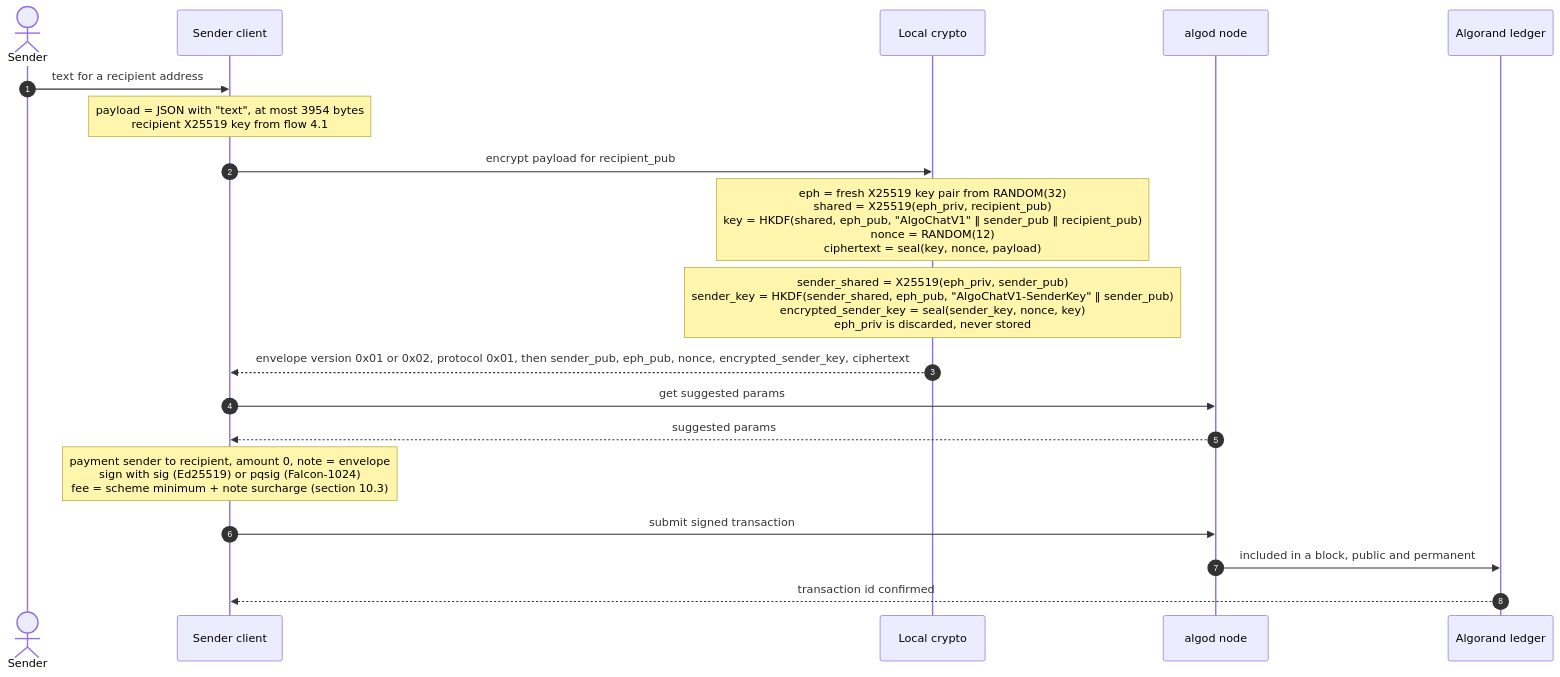
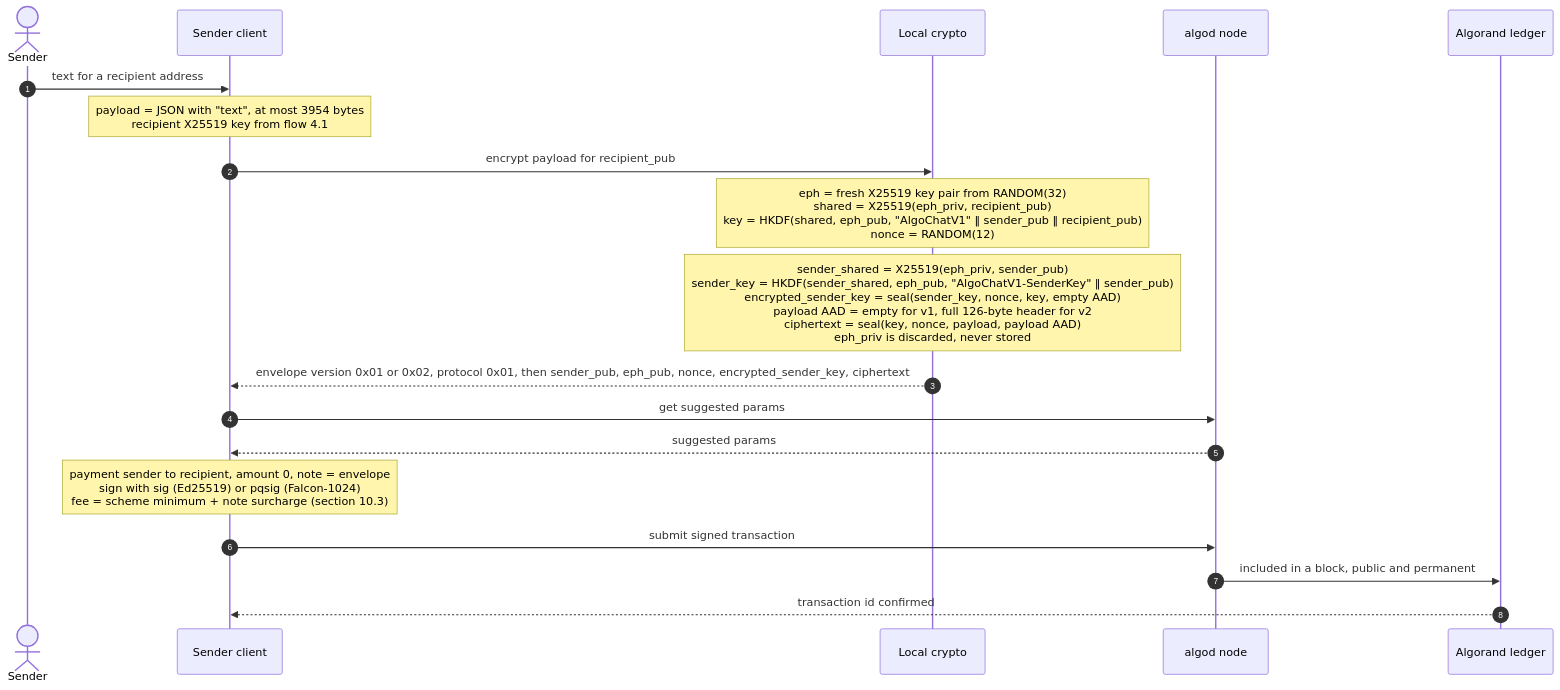
The sixth of 15 diagrams in docs/HLD.md (CorvidLabs/algochat), drawn with Mermaid before and after one commit. The commit also changed other lines of this file and 116 other files, not shown here.

````diff
--- a/docs/HLD.md
+++ b/docs/HLD.md
@@ -214,21 +224,21 @@
 ```mermaid
 sequenceDiagram
     autonumber
     actor U as Sender
     participant C as Sender client
     participant K as Local crypto
     participant N as algod node
     participant L as Algorand ledger
     U->>C: text for a recipient address
     Note over C: payload = JSON with "text", at most 3954 bytes<br/>recipient X25519 key from flow 4.1
     C->>K: encrypt payload for recipient_pub
-    Note over K: eph = fresh X25519 key pair from RANDOM(32)<br/>shared = X25519(eph_priv, recipient_pub)<br/>key = HKDF(shared, eph_pub, "AlgoChatV1" ‖ sender_pub ‖ recipient_pub)<br/>nonce = RANDOM(12)<br/>ciphertext = seal(key, nonce, payload)
-    Note over K: sender_shared = X25519(eph_priv, sender_pub)<br/>sender_key = HKDF(sender_shared, eph_pub, "AlgoChatV1-SenderKey" ‖ sender_pub)<br/>encrypted_sender_key = seal(sender_key, nonce, key)<br/>eph_priv is discarded, never stored
+    Note over K: eph = fresh X25519 key pair from RANDOM(32)<br/>shared = X25519(eph_priv, recipient_pub)<br/>key = HKDF(shared, eph_pub, "AlgoChatV1" ‖ sender_pub ‖ recipient_pub)<br/>nonce = RANDOM(12)
+    Note over K: sender_shared = X25519(eph_priv, sender_pub)<br/>sender_key = HKDF(sender_shared, eph_pub, "AlgoChatV1-SenderKey" ‖ sender_pub)<br/>encrypted_sender_key = seal(sender_key, nonce, key, empty AAD)<br/>payload AAD = empty for v1, full 126-byte header for v2<br/>ciphertext = seal(key, nonce, payload, payload AAD)<br/>eph_priv is discarded, never stored
     K-->>C: envelope version 0x01 or 0x02, protocol 0x01, then sender_pub, eph_pub, nonce, encrypted_sender_key, ciphertext
     C->>N: get suggested params
     N-->>C: suggested params
     Note over C: payment sender to recipient, amount 0, note = envelope<br/>sign with sig (Ed25519) or pqsig (Falcon-1024)<br/>fee = scheme minimum + note surcharge (section 10.3)
     C->>N: submit signed transaction
     N->>L: included in a block, public and permanent
     L-->>C: transaction id confirmed
 ```
````
